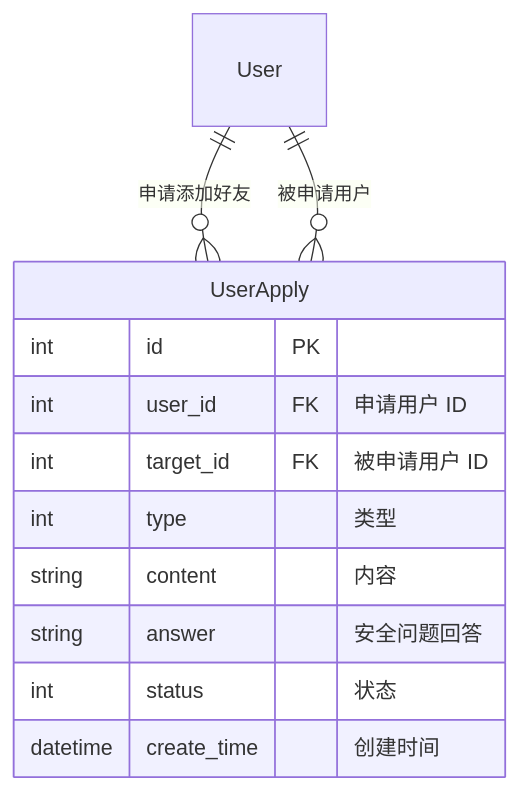
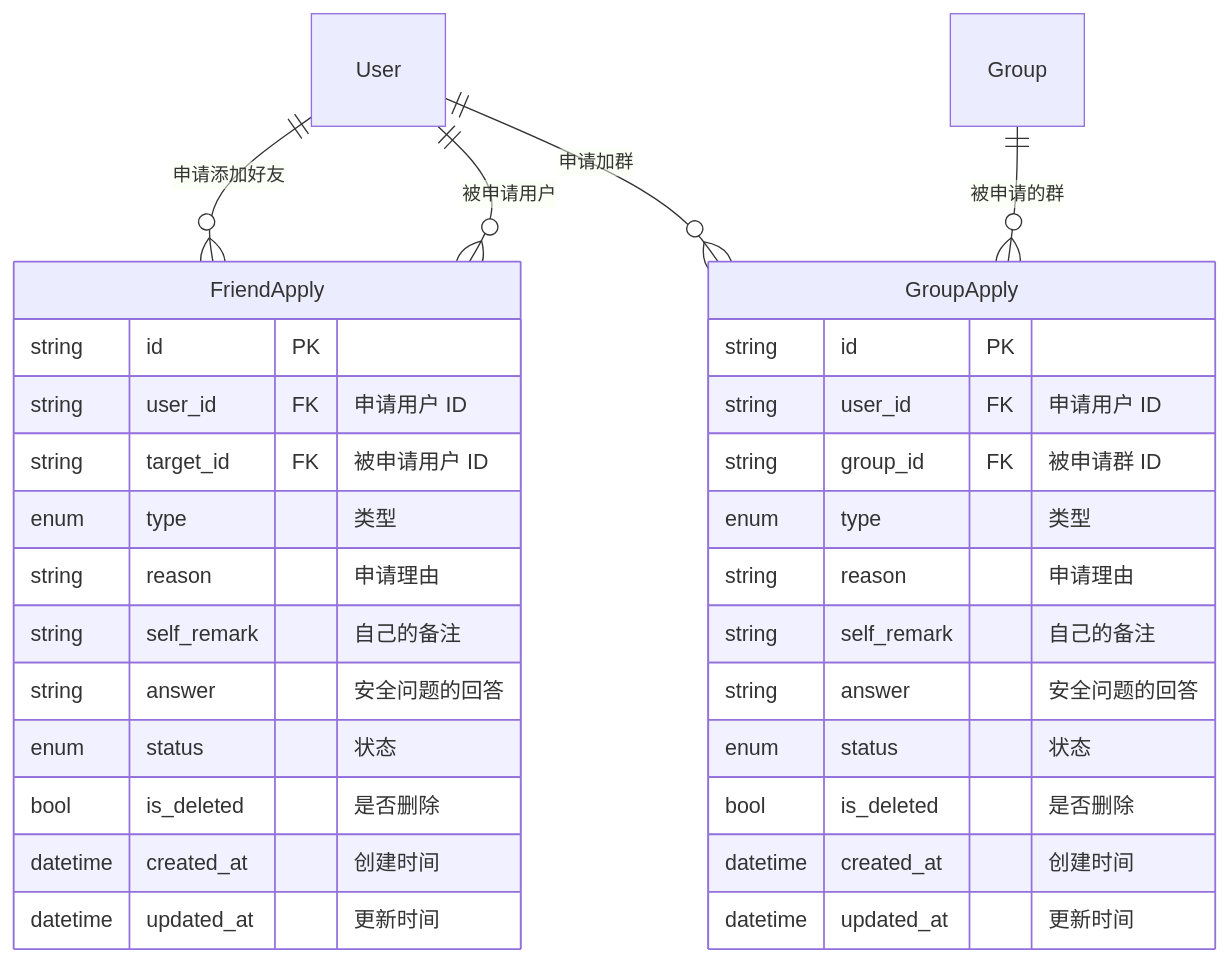
The third of 4 diagrams in docs/2.model.md (summer-like-coding/chat-system), drawn with Mermaid before and after one commit. The commit also changed other lines of this file and 5 other files, not shown here.

````diff
--- a/docs/2.model.md
+++ b/docs/2.model.md
@@ -84,16 +106,35 @@
 ```mermaid
 erDiagram
-User ||--o{ UserApply : "申请添加好友"
-User ||--o{ UserApply : "被申请用户"
+User ||--o{ FriendApply : "申请添加好友"
+User ||--o{ FriendApply : "被申请用户"
+User ||--o{ GroupApply : "申请加群"
+Group ||--o{ GroupApply : "被申请的群"
 
-UserApply {
-  int id PK
-  int user_id FK "申请用户 ID"
-  int target_id FK "被申请用户 ID"
-  int type "类型"
-  string content "内容"
-  string answer "安全问题回答"
-  int status "状态"
-  datetime create_time "创建时间"
+FriendApply {
+  string id PK
+  string user_id FK "申请用户 ID"
+  string target_id FK "被申请用户 ID"
+  enum type "类型"
+  string reason "申请理由"
+  string self_remark "自己的备注"
+  string answer "安全问题的回答"
+  enum status "状态"
+  bool is_deleted "是否删除"
+  datetime created_at "创建时间"
+  datetime updated_at "更新时间"
+}
+
+GroupApply {
+  string id PK
+  string user_id FK "申请用户 ID"
+  string group_id FK "被申请群 ID"
+  enum type "类型"
+  string reason "申请理由"
+  string self_remark "自己的备注"
+  string answer "安全问题的回答"
+  enum status "状态"
+  bool is_deleted "是否删除"
+  datetime created_at "创建时间"
+  datetime updated_at "更新时间"
 }
 ```
````
